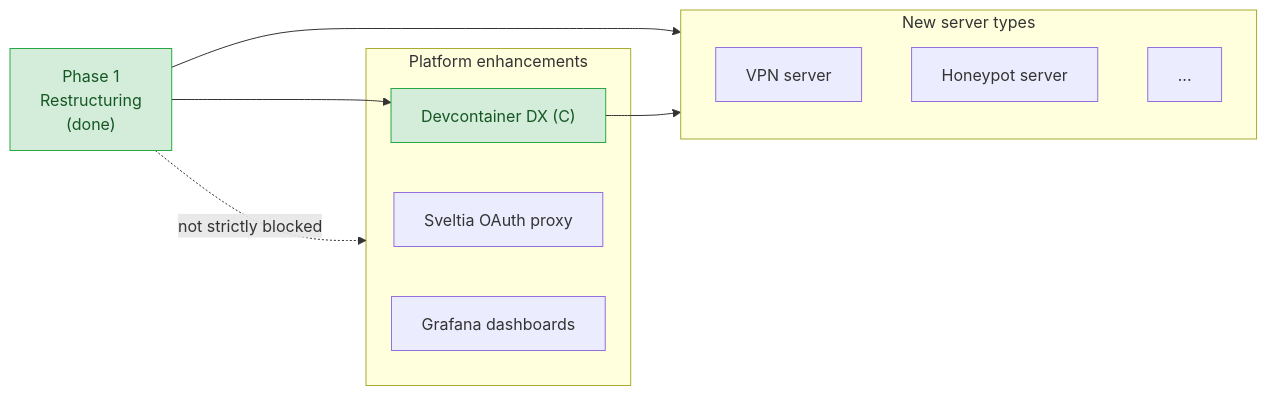
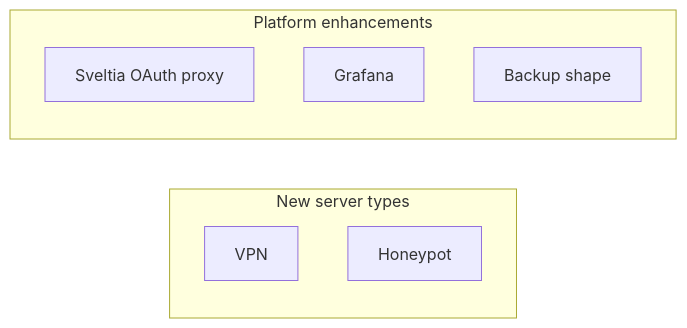
The diagram in docs/future/README.md (rednaw/iac), drawn with Mermaid before and after one commit. The commit also changed other lines of this file and 7 other files, not shown here.

````diff
--- a/docs/future/README.md
+++ b/docs/future/README.md
@@ -7,26 +7,12 @@
 ```mermaid
 flowchart LR
-    restructure["Phase 1<br/>Restructuring<br/>(done)"]
-    dx["Phase 2<br/>Secrets & mounts<br/>(done)"]
-
-    subgraph servers ["New server types"]
-        vpn["VPN server"]
-        honeypot["Honeypot server"]
-        future["..."]
-    end
-
-    subgraph enhancements ["Platform enhancements"]
-        auth["Sveltia OAuth proxy"]
-        dx["Devcontainer DX (C)"]
-        grafana["Grafana dashboards"]
-    end
-
-    restructure --> servers
-    restructure --> dx
-    dx --> servers
-    restructure -.->|not strictly blocked| enhancements
-
-    classDef done fill:#d4edda,stroke:#28a745,color:#155724
-    class restructure done
-    class dx done
+  subgraph servers [New server types]
+    vpn[VPN]
+    honeypot[Honeypot]
+  end
+  subgraph enhancements [Platform enhancements]
+    auth[Sveltia OAuth proxy]
+    grafana[Grafana]
+    backup[Backup shape]
+  end
 ```
````
